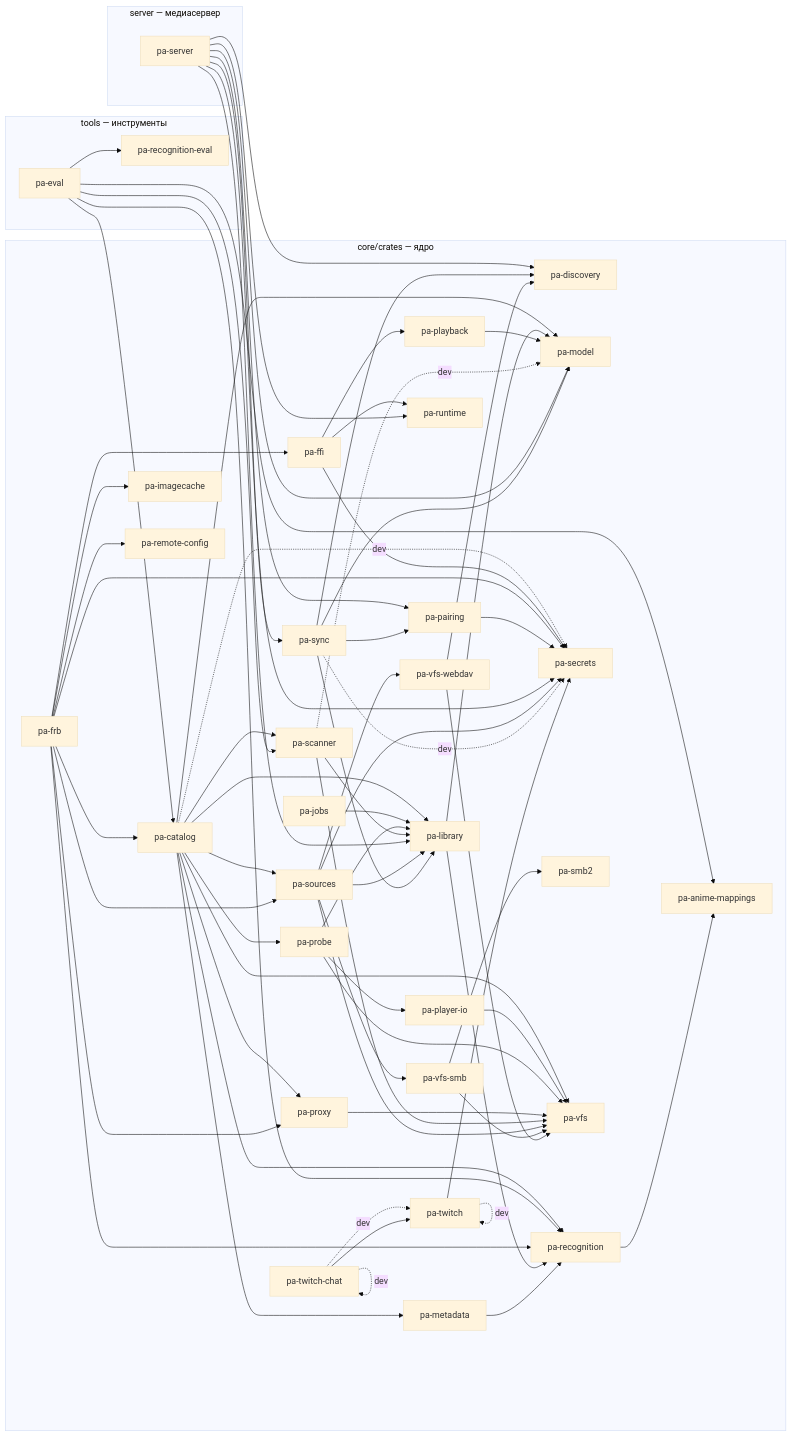
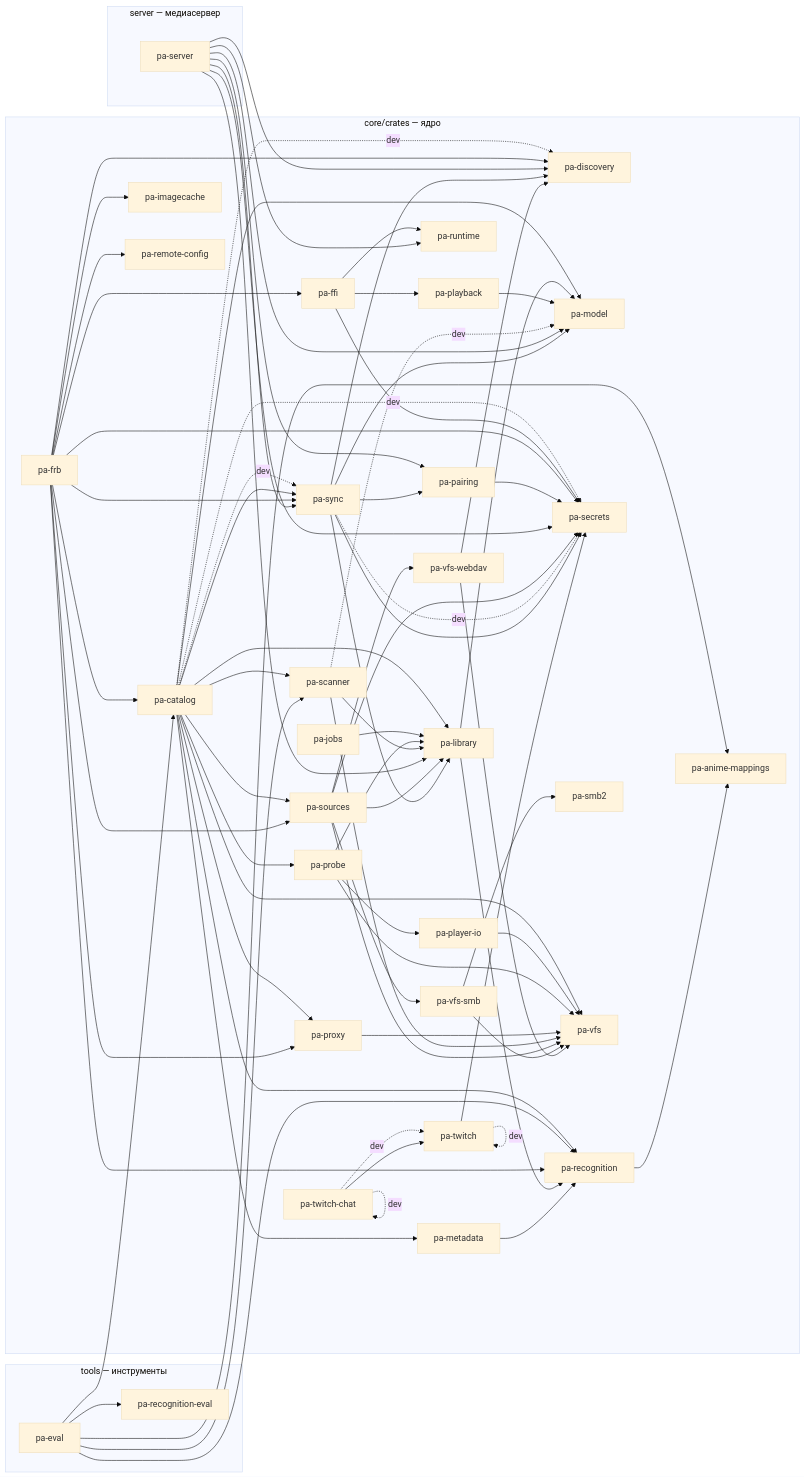
Before and after one commit to DenisHumen/project_alpha: the diagram in docs/dev/crate-graph.md, drawn with Mermaid (base theme). The commit also changed other lines of this file and 3 other files, not shown here.

```diff
--- a/docs/dev/crate-graph.md
+++ b/docs/dev/crate-graph.md
@@ -48,6 +48,7 @@
     pa_eval["pa-eval"]
     pa_recognition_eval["pa-recognition-eval"]
   end
+  pa_catalog -. dev .-> pa_discovery
   pa_catalog --> pa_library
   pa_catalog --> pa_metadata
   pa_catalog --> pa_model
@@ -57,6 +58,8 @@
   pa_catalog --> pa_scanner
   pa_catalog -. dev .-> pa_secrets
   pa_catalog --> pa_sources
+  pa_catalog -. dev .-> pa_sync
+  pa_catalog --> pa_sync
   pa_catalog --> pa_vfs
   pa_eval --> pa_anime_mappings
   pa_eval --> pa_catalog
@@ -67,6 +70,7 @@
   pa_ffi --> pa_runtime
   pa_ffi --> pa_secrets
   pa_frb --> pa_catalog
+  pa_frb --> pa_discovery
   pa_frb --> pa_ffi
   pa_frb --> pa_imagecache
   pa_frb --> pa_proxy
@@ -74,6 +78,7 @@
   pa_frb --> pa_remote_config
   pa_frb --> pa_secrets
   pa_frb --> pa_sources
+  pa_frb --> pa_sync
   pa_jobs --> pa_library
   pa_library --> pa_model
   pa_library --> pa_recognition
@@ -106,6 +111,7 @@
   pa_sync --> pa_model
   pa_sync --> pa_pairing
   pa_sync -. dev .-> pa_secrets
+  pa_sync --> pa_secrets
   pa_twitch --> pa_secrets
   pa_twitch -. dev .-> pa_twitch
   pa_twitch_chat -. dev .-> pa_twitch
```
